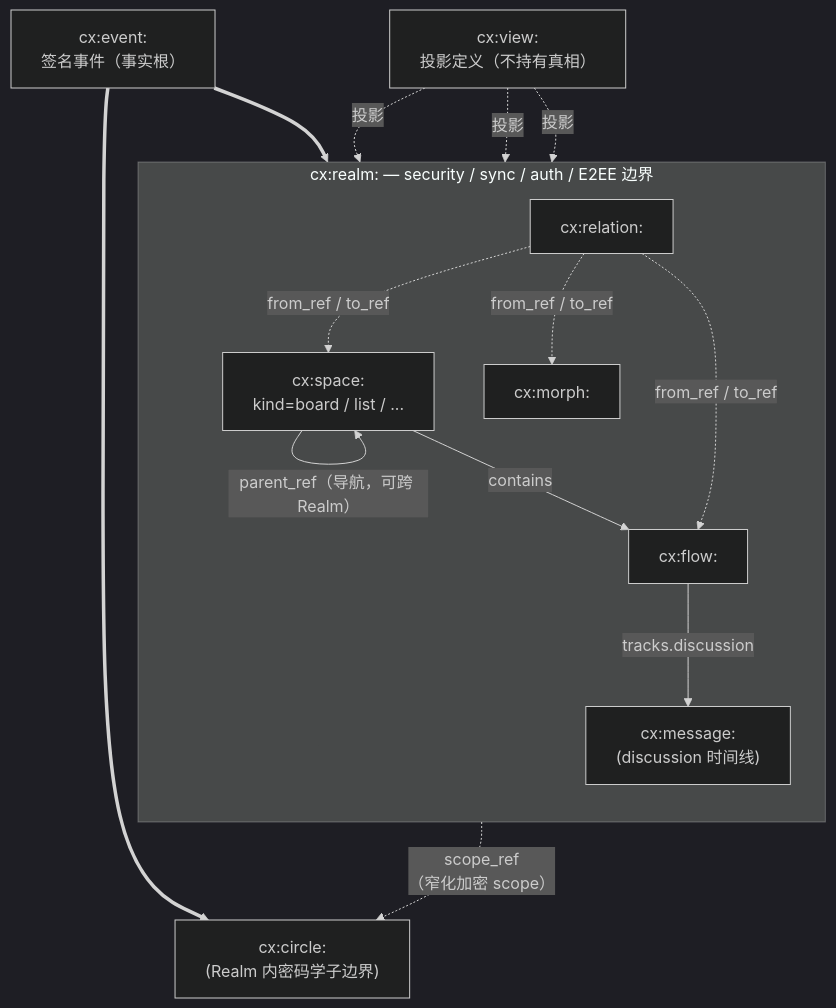
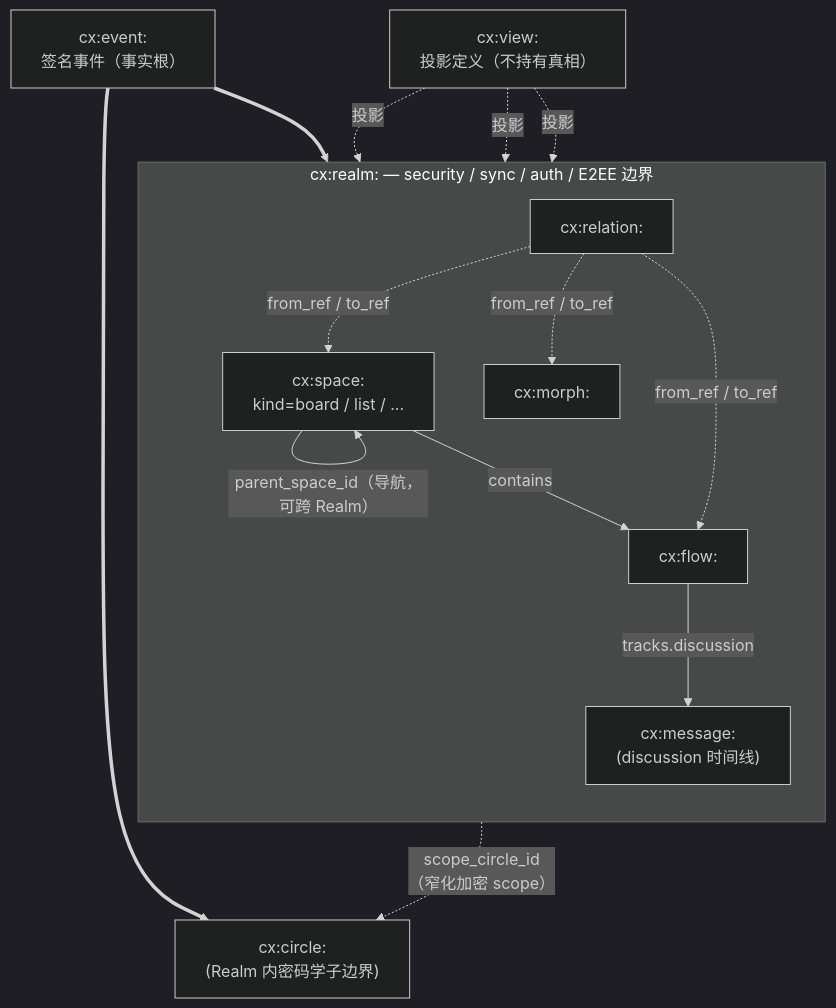
Before and after one commit to arkret-org/arkret-spec: the diagram in spec/v1/zh/models/overview.md, drawn with Mermaid (dark theme). The commit also changed other lines of this file and 52 other files, not shown here.

````diff
--- a/spec/v1/zh/models/overview.md
+++ b/spec/v1/zh/models/overview.md
@@ -89,31 +89,31 @@
 ```mermaid
 flowchart TB
     Event["cx:event:<br/>签名事件（事实根）"]
 
     subgraph SP ["cx:realm: — security / sync / auth / E2EE 边界"]
         direction TB
         Space["cx:space:<br/>kind=board / list / ..."]
         Flow["cx:flow:"]
         Morph["cx:morph:"]
         Msg["cx:message:<br/>(discussion 时间线)"]
         Rel["cx:relation:"]
 
         Space -- "contains" --> Flow
-        Space -- "parent_ref（导航，可跨 Realm）" --> Space
+        Space -- "parent_space_id（导航，可跨 Realm）" --> Space
         Flow -- "tracks.discussion" --> Msg
         Rel -. "from_ref / to_ref" .-> Flow
         Rel -. "from_ref / to_ref" .-> Morph
         Rel -. "from_ref / to_ref" .-> Space
     end
 
     Circle["cx:circle:<br/>(Realm 内密码学子边界)"]
-    Flow -. "scope_ref<br/>（窄化加密 scope）" .-> Circle
+    Flow -. "scope_circle_id<br/>（窄化加密 scope）" .-> Circle
 
     View["cx:view:<br/>投影定义（不持有真相）"]
     View -. "投影" .-> Flow
     View -. "投影" .-> Space
     View -. "投影" .-> Msg
 
     Event ==> SP
     Event ==> Circle
 ```
````
